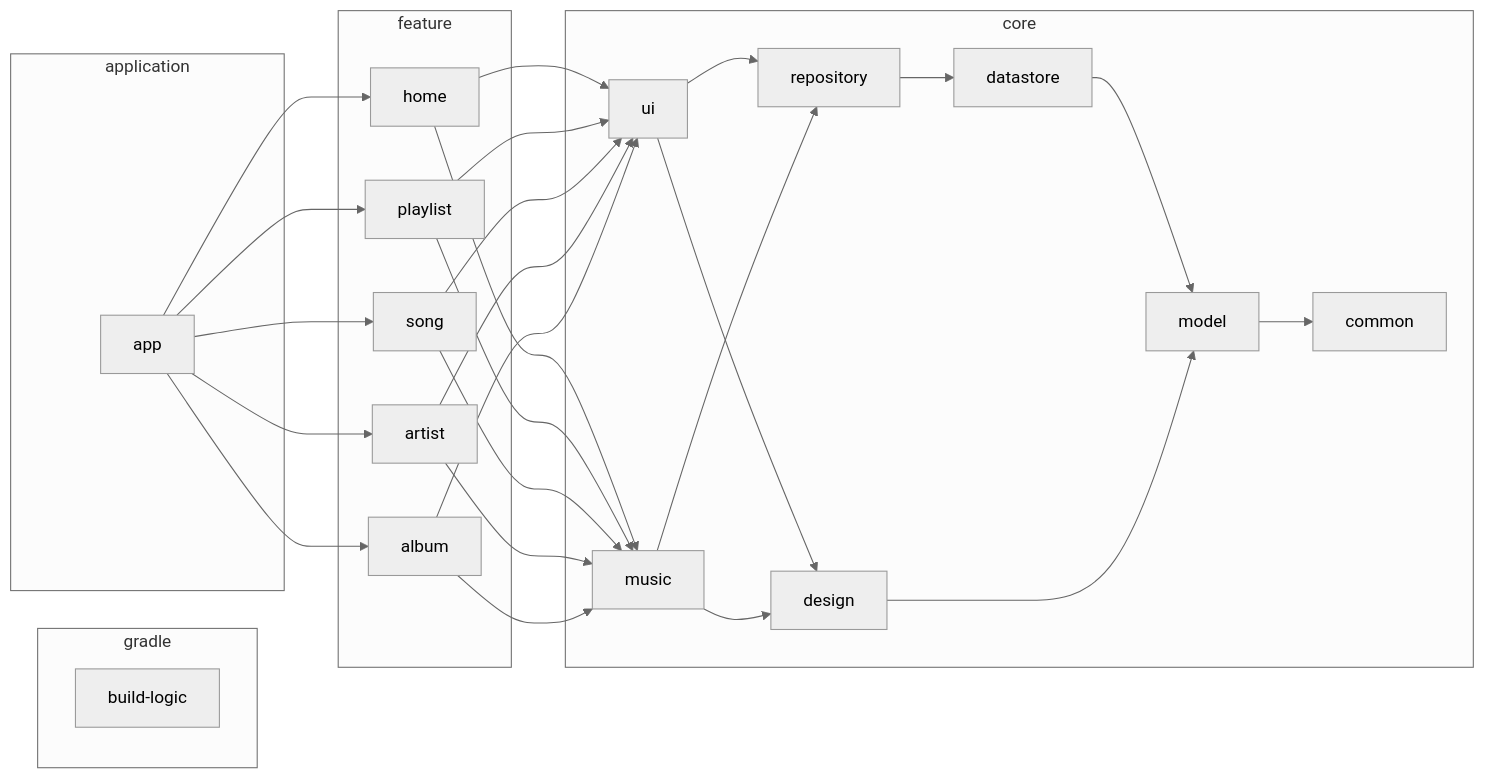
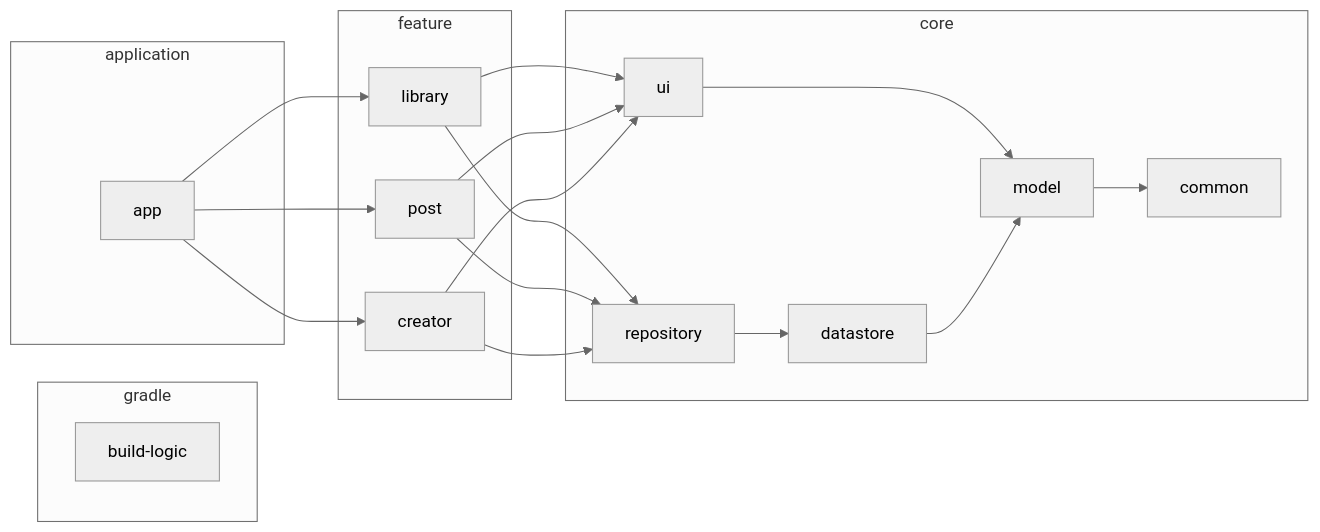
One commit to matsumo0922/PixiView changed the diagram in README-JA.md. Above: the diagram before and after it, drawn with Mermaid. The commit also changed 1 other file, not shown here.

Commit message:
update readme mermaid

````diff
--- a/README-JA.md
+++ b/README-JA.md
@@ -78,54 +78,40 @@
 ```mermaid
 %%{
 init: {
 'theme': 'neutral'
 }
 }%%
 
 graph LR
   subgraph gradle 
     build-logic  
   end  
   subgraph application
     app  
   end  
   subgraph core
     common
     datastore
-    design
     model
-    music
     repository
     ui
   end
   subgraph feature
-    album
-    artist
-    home
-    playlist
-    song
+    library
+    creator
+    post
   end
-  app --> album
-  app --> artist
-  app --> playlist
-  app --> song
-  app --> home
-  home --> ui
-  home --> music
-  playlist --> ui
-  playlist --> music
-  song --> ui
-  song --> music
-  artist --> ui
-  artist --> music
-  album --> ui
-  album --> music
-  ui --> design
-  ui --> repository
-  music --> design
-  music --> repository
+  app --> library
+  app --> creator
+  app --> post
+  library --> ui
+  library --> repository
+  post --> ui
+  post --> repository
+  creator --> ui
+  creator --> repository
+  ui --> model
   repository --> datastore
   datastore --> model
-  design --> model
   model --> common
 ```
````
